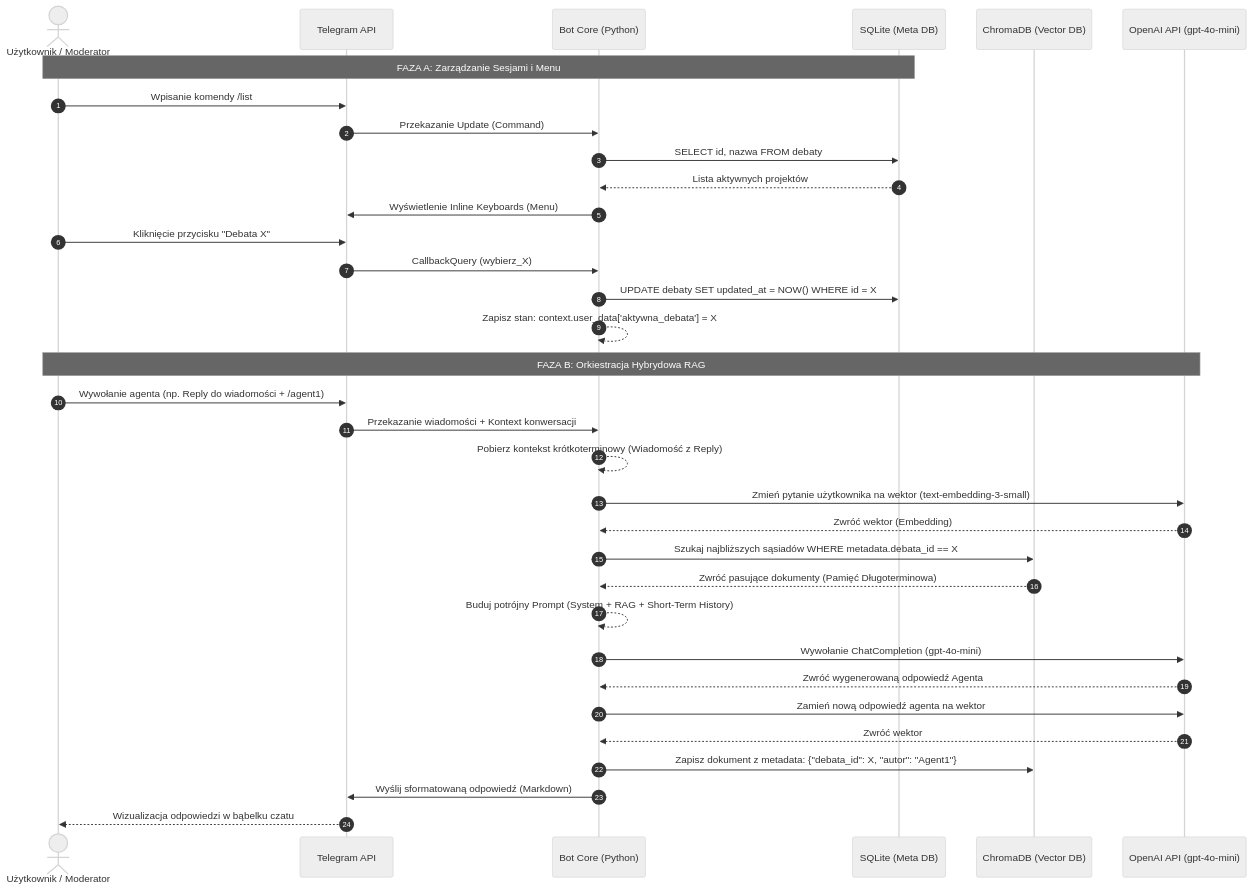
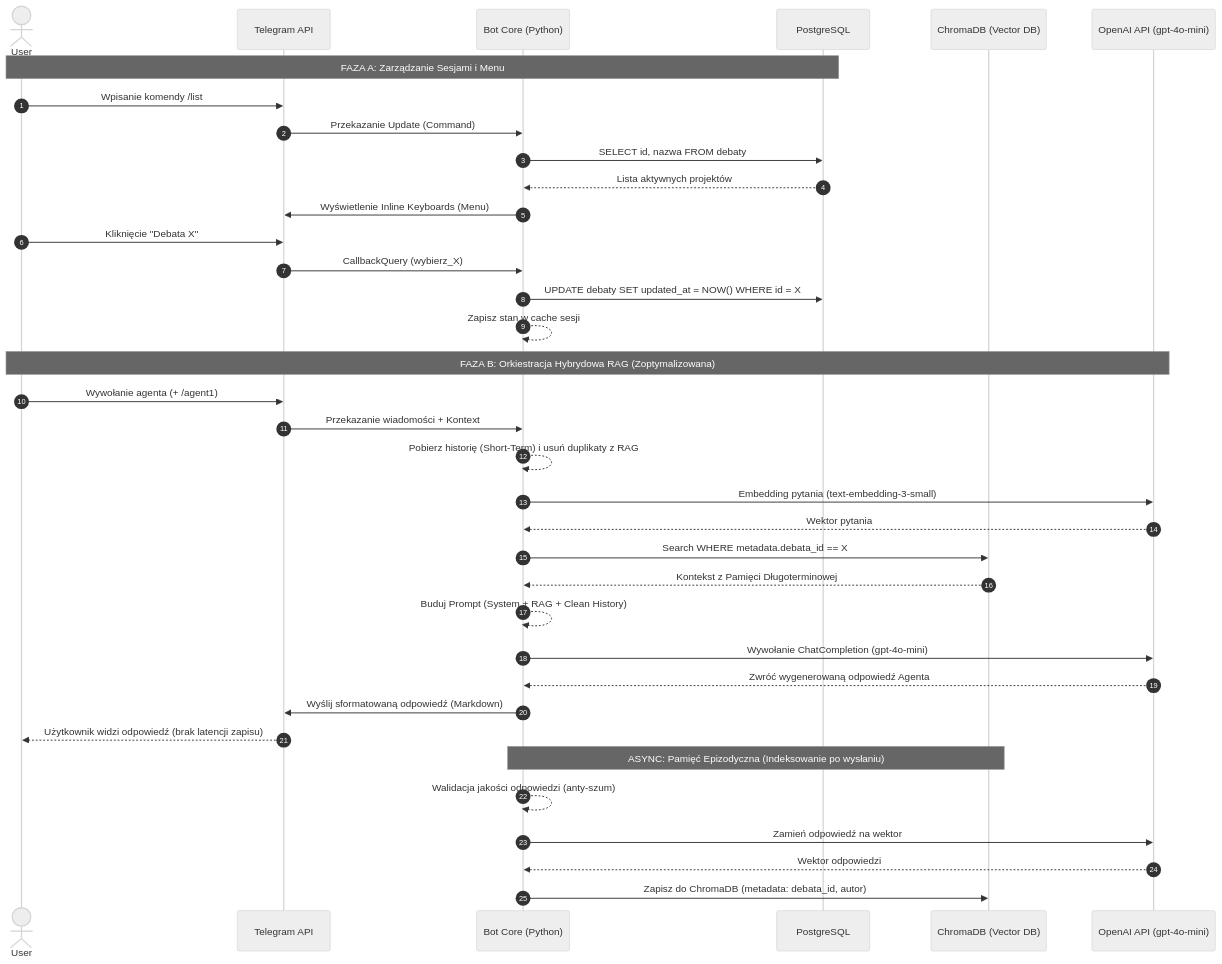
Before and after one commit to Arniffy/RAGent: the diagram in README.md, drawn with Mermaid (neutral theme). The commit also changed other lines of this file, not shown here.

Commit message:
Update database management from SQLite to PostgreSQL

````diff
--- a/README.md
+++ b/README.md
@@ -44,48 +44,47 @@
 ```mermaid
 sequenceDiagram
     autonumber
-    actor U as Użytkownik / Moderator
+    actor U as User
     participant TG as Telegram API
     participant B as Bot Core (Python)
-    participant SQL as SQLite (Meta DB)
+    participant SQL as PostgreSQL
     participant CH as ChromaDB (Vector DB)
     participant AI as OpenAI API (gpt-4o-mini)
 
-    %% Sekcja 1: Zarządzanie Debatami
     Note over U, SQL: FAZA A: Zarządzanie Sesjami i Menu
     U->>TG: Wpisanie komendy /list
     TG->>B: Przekazanie Update (Command)
     B->>SQL: SELECT id, nazwa FROM debaty
     SQL-->>B: Lista aktywnych projektów
     B->>TG: Wyświetlenie Inline Keyboards (Menu)
-    U->>TG: Kliknięcie przycisku "Debata X"
+    U->>TG: Kliknięcie "Debata X"
     TG->>B: CallbackQuery (wybierz_X)
     B->>SQL: UPDATE debaty SET updated_at = NOW() WHERE id = X
-    B-->>B: Zapisz stan: context.user_data['aktywna_debata'] = X
+    B-->>B: Zapisz stan w cache sesji
 
-    %% Sekcja 2: Wywołanie Agenta i RAG
-    Note over U, AI: FAZA B: Orkiestracja Hybrydowa RAG
-    U->>TG: Wywołanie agenta (np. Reply do wiadomości + /agent1)
-    TG->>B: Przekazanie wiadomości + Kontext konwersacji
-    B-->>B: Pobierz kontekst krótkoterminowy (Wiadomość z Reply)
+    Note over U, AI: FAZA B: Orkiestracja Hybrydowa RAG (Zoptymalizowana)
+    U->>TG: Wywołanie agenta (+ /agent1)
+    TG->>B: Przekazanie wiadomości + Kontext
     
-    %% Retrieval
-    B->>AI: Zmień pytanie użytkownika na wektor (text-embedding-3-small)
-    AI-->>B: Zwróć wektor (Embedding)
-    B->>CH: Szukaj najbliższych sąsiadów WHERE metadata.debata_id == X
-    CH-->>B: Zwróć pasujące dokumenty (Pamięć Długoterminowa)
+    %% Pobieranie kontekstu z deduplikacją
+    B-->>B: Pobierz historię (Short-Term) i usuń duplikaty z RAG
+    B->>AI: Embedding pytania (text-embedding-3-small)
+    AI-->>B: Wektor pytania
+    B->>CH: Search WHERE metadata.debata_id == X
+    CH-->>B: Kontekst z Pamięci Długoterminowej
     
-    %% Augmentation & Generation
-    B-->>B: Buduj potrójny Prompt (System + RAG + Short-Term History)
+    %% Generowanie odpowiedzi
+    B-->>B: Buduj Prompt (System + RAG + Clean History)
     B->>AI: Wywołanie ChatCompletion (gpt-4o-mini)
     AI-->>B: Zwróć wygenerowaną odpowiedź Agenta
-    
-    %% Ingest
-    B->>AI: Zamień nową odpowiedź agenta na wektor
-    AI-->>B: Zwróć wektor
-    B->>CH: Zapisz dokument z metadata: {"debata_id": X, "autor": "Agent1"}
-    
-    %% Odpowiedź do użytkownika
+
+    %% KLUCZOWA ZMIANA: Odpowiedź natychmiastowa (UX)
     B->>TG: Wyślij sformatowaną odpowiedź (Markdown)
-    TG-->>U: Wizualizacja odpowiedzi w bąbelku czatu
+    TG-->>U: Użytkownik widzi odpowiedź (brak latencji zapisu)
+
+    Note over B, CH: ASYNC: Pamięć Epizodyczna (Indeksowanie po wysłaniu)
+    B-->>B: Walidacja jakości odpowiedzi (anty-szum)
+    B->>AI: Zamień odpowiedź na wektor
+    AI-->>B: Wektor odpowiedzi
+    B->>CH: Zapisz do ChromaDB (metadata: debata_id, autor)
 ```
````
